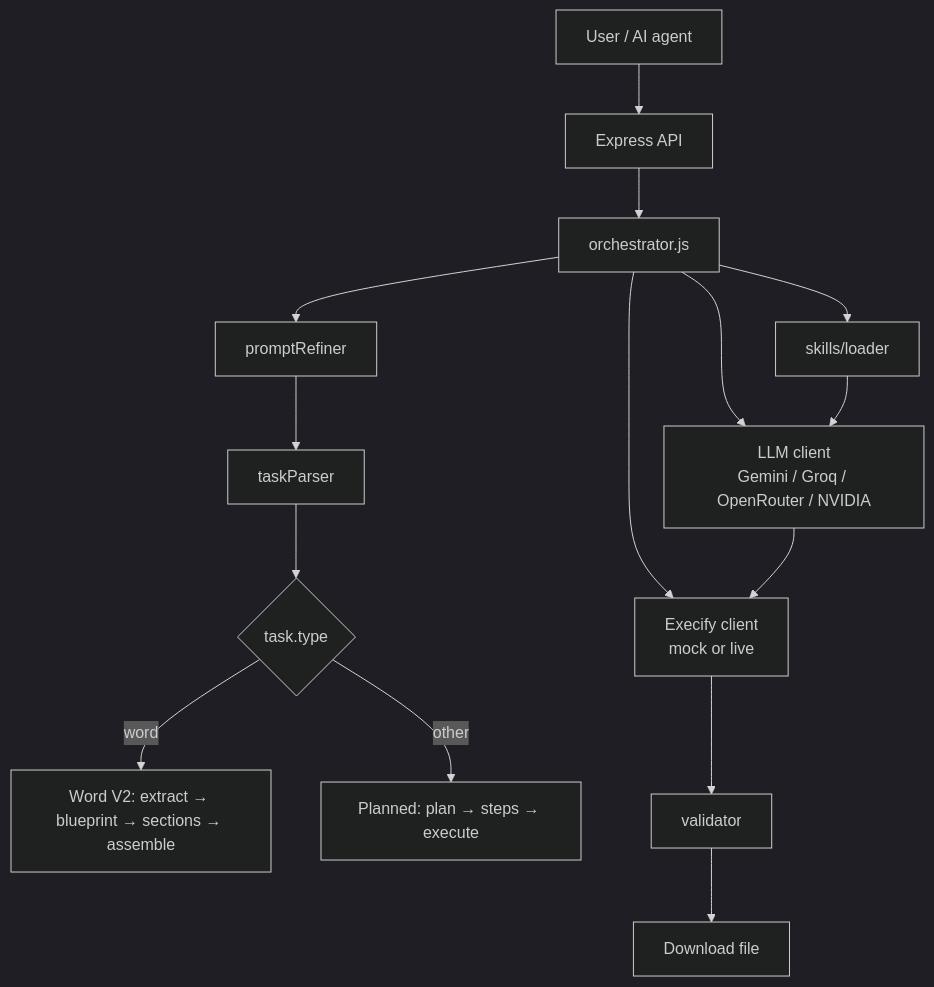
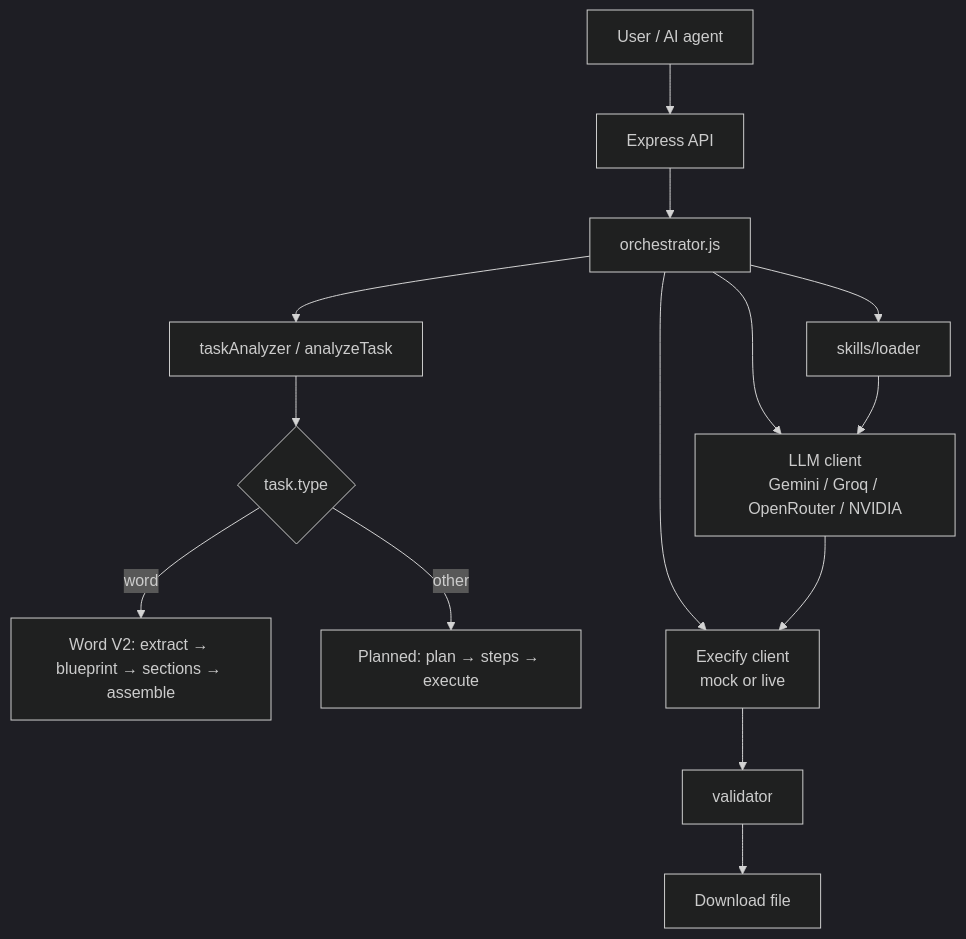
Before and after one commit to DharambirAgrawal/CODEWEAVER: the diagram in README.md, drawn with Mermaid (dark theme). The commit also changed other lines of this file and 2 other files, not shown here.

````diff
--- a/README.md
+++ b/README.md
@@ -12,17 +12,16 @@
 ```mermaid
 flowchart TB
     User[User / AI agent] --> API[Express API]
     API --> Orch[orchestrator.js]
-    Orch --> Refine[promptRefiner]
-    Refine --> Parse[taskParser]
-    Parse --> Branch{task.type}
+    Orch --> Analyze[taskAnalyzer / analyzeTask]
+    Analyze --> Branch{task.type}
     Branch -->|word| W[Word V2: extract → blueprint → sections → assemble]
     Branch -->|other| P[Planned: plan → steps → execute]
     Orch --> Skills[skills/loader]
     Orch --> LLM[LLM client\nGemini / Groq / OpenRouter / NVIDIA]
     Orch --> Ex[Execify client\nmock or live]
     Skills --> LLM
     LLM --> Ex
     Ex --> Val[validator]
     Val --> DL[Download file]
 ```
````
